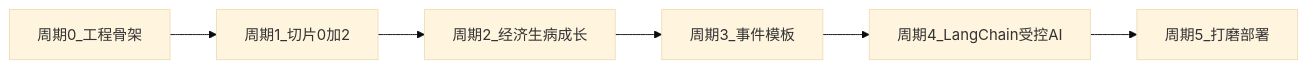
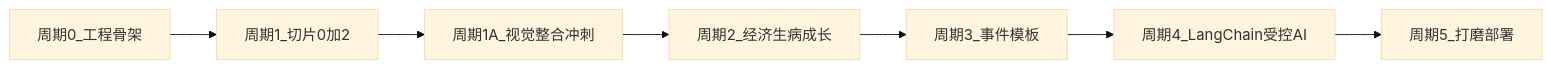
The diagram in doc/开发周期计划.md (hujiahua6623-dotcom/cute_cat), drawn with Mermaid (base theme) before and after one commit. The commit also changed other lines of this file and 25 other files, not shown here.

````diff
--- a/doc/开发周期计划.md
+++ b/doc/开发周期计划.md
@@ -11,8 +11,9 @@
 ```mermaid
 flowchart LR
   P0[周期0_工程骨架] --> P1[周期1_切片0加2]
-  P1 --> P2[周期2_经济生病成长]
+  P1 --> P1A[周期1A_视觉整合冲刺]
+  P1A --> P2[周期2_经济生病成长]
   P2 --> P3[周期3_事件模板]
   P3 --> P4[周期4_LangChain受控AI]
   P4 --> P5[周期5_打磨部署]
 ```
````
